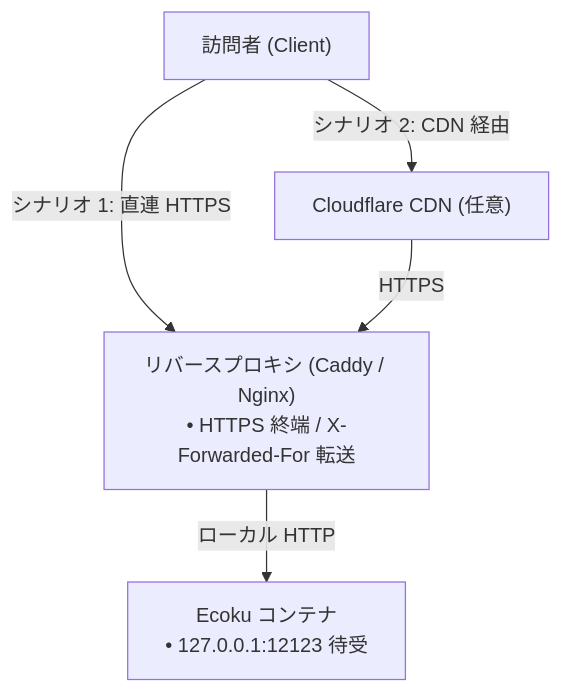
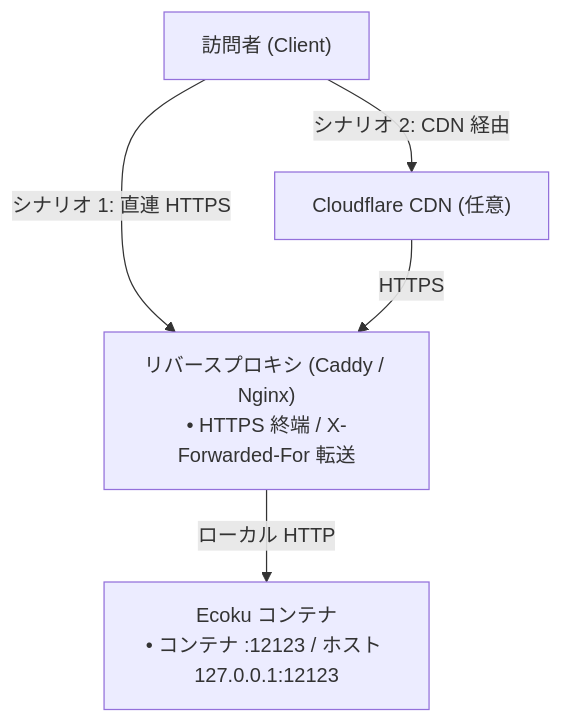
Before and after one commit to DejavuMoe/Ecoku: the diagram in docs/ja/self-hosting/reverse-proxy.md, drawn with Mermaid. The commit also changed other lines of this file and 66 other files, not shown here.

````diff
--- a/docs/ja/self-hosting/reverse-proxy.md
+++ b/docs/ja/self-hosting/reverse-proxy.md
@@ -9,12 +9,12 @@
 ```mermaid
 flowchart TD
     V["訪問者 (Client)"]
     CDN["Cloudflare CDN (任意)"]
     Proxy["リバースプロキシ (Caddy / Nginx)<br/>• HTTPS 終端 / X-Forwarded-For 転送"]
-    Container["Ecoku コンテナ<br/>• 127.0.0.1:12123 待受"]
+    Container["Ecoku コンテナ<br/>• コンテナ :12123 / ホスト 127.0.0.1:12123"]
 
     V -->|シナリオ 1: 直連 HTTPS| Proxy
     V -->|シナリオ 2: CDN 経由| CDN
     CDN -->|HTTPS| Proxy
     Proxy -->|ローカル HTTP| Container
 ```
````
